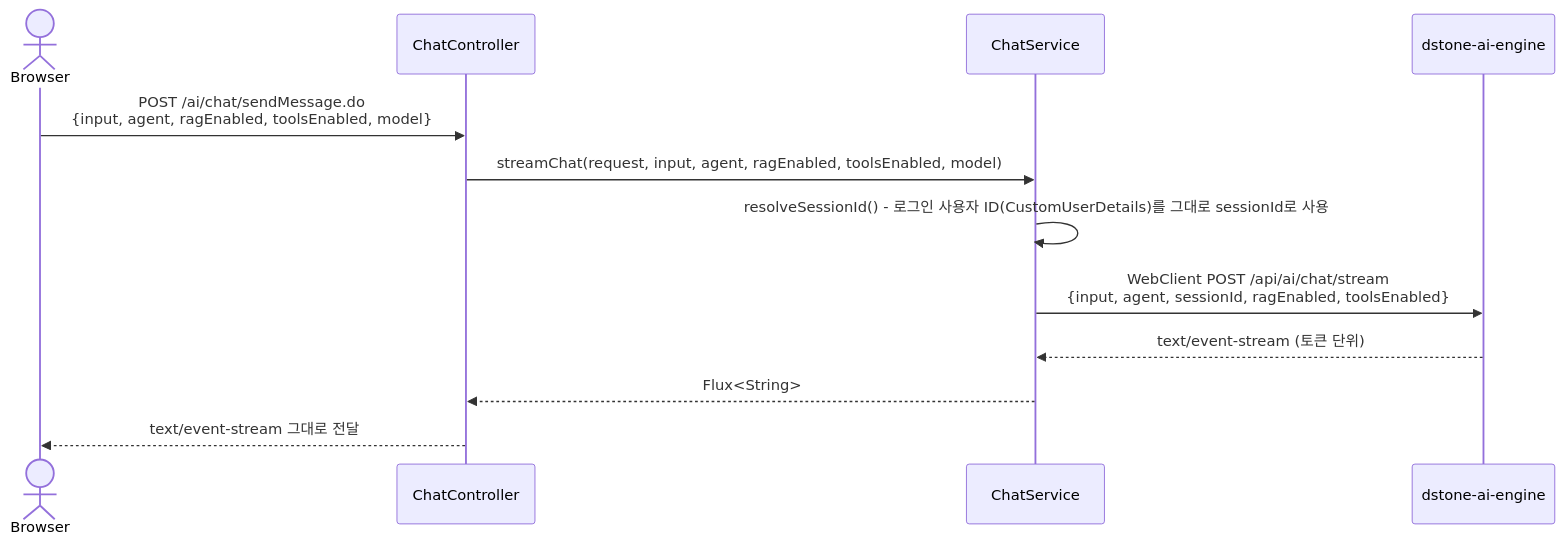
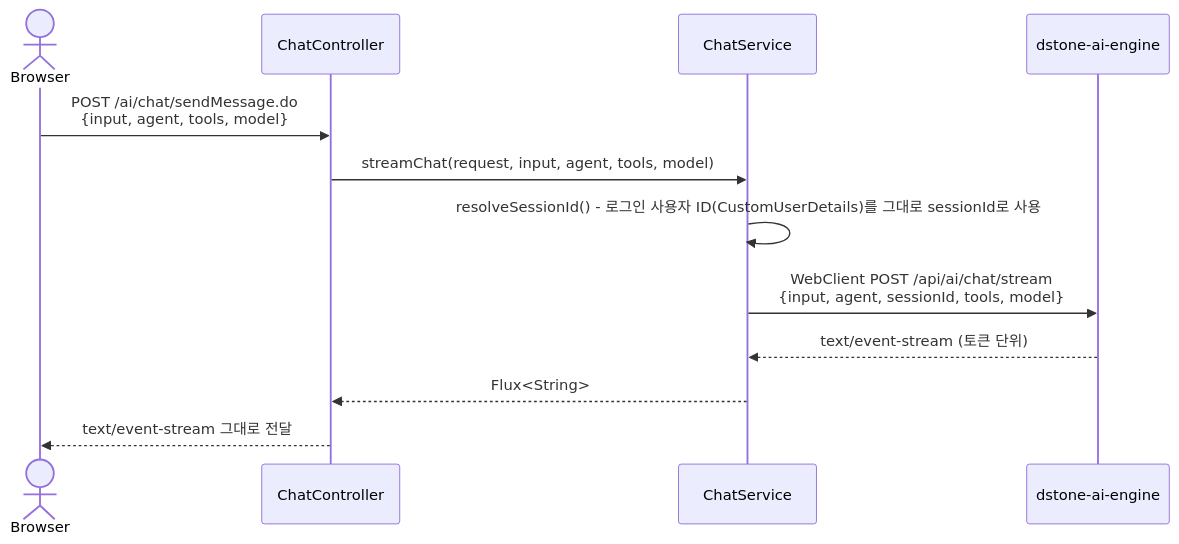
One commit to YongSoekChoeng/dstone changed the second of 4 diagrams in docs/06.dstone-boot.md. Above: the diagram before and after it, drawn with Mermaid. The commit also changed other lines of this file and 72 other files, not shown here.

````diff
--- a/docs/06.dstone-boot.md
+++ b/docs/06.dstone-boot.md
@@ -365,15 +365,15 @@
 ```mermaid
 sequenceDiagram
     actor Browser
     participant Ctrl as ChatController
     participant Svc as ChatService
     participant Engine as dstone-ai-engine
 
-    Browser->>Ctrl: POST /ai/chat/sendMessage.do<br/>{input, agent, ragEnabled, toolsEnabled, model}
-    Ctrl->>Svc: streamChat(request, input, agent, ragEnabled, toolsEnabled, model)
+    Browser->>Ctrl: POST /ai/chat/sendMessage.do<br/>{input, agent, tools, model}
+    Ctrl->>Svc: streamChat(request, input, agent, tools, model)
     Svc->>Svc: resolveSessionId() - 로그인 사용자 ID(CustomUserDetails)를 그대로 sessionId로 사용
-    Svc->>Engine: WebClient POST /api/ai/chat/stream<br/>{input, agent, sessionId, ragEnabled, toolsEnabled}
+    Svc->>Engine: WebClient POST /api/ai/chat/stream<br/>{input, agent, sessionId, tools, model}
     Engine-->>Svc: text/event-stream (토큰 단위)
     Svc-->>Ctrl: Flux<String>
     Ctrl-->>Browser: text/event-stream 그대로 전달
 ```
````
